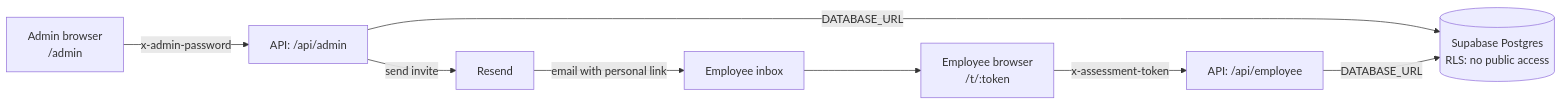
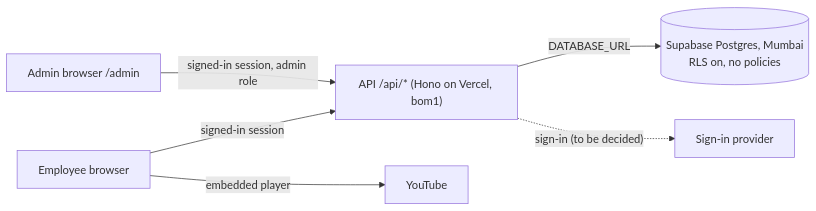
Before and after one commit to darshan-jahagirdar-1905/internal-assessment-tool: the diagram in architecture.md, drawn with Mermaid. The commit also changed other lines of this file and 2 other files, not shown here.

First line of the commit message:
docs: redesign as a learning platform with courses, videos and sign-in (#2)

````diff
--- a/architecture.md
+++ b/architecture.md
@@ -66,10 +69,8 @@
 ```mermaid
 flowchart LR
-    Admin["Admin browser<br/>/admin"] -->|"x-admin-password"| AF["API: /api/admin"]
-    Emp["Employee browser<br/>/t/:token"] -->|"x-assessment-token"| EF["API: /api/employee"]
-    AF -->|"DATABASE_URL"| DB[("Supabase Postgres<br/>RLS: no public access")]
-    EF -->|"DATABASE_URL"| DB
-    AF -->|"send invite"| RS["Resend"]
-    RS -->|"email with personal link"| Inbox["Employee inbox"]
-    Inbox --> Emp
+    Emp["Employee browser"] -->|"signed-in session"| API["API /api/* (Hono on Vercel, bom1)"]
+    Admin["Admin browser /admin"] -->|"signed-in session, admin role"| API
+    Emp -->|"embedded player"| YT["YouTube"]
+    API -->|"DATABASE_URL"| DB[("Supabase Postgres, Mumbai<br/>RLS on, no policies")]
+    API -.->|"sign-in (to be decided)"| IdP["Sign-in provider"]
 ```
````
